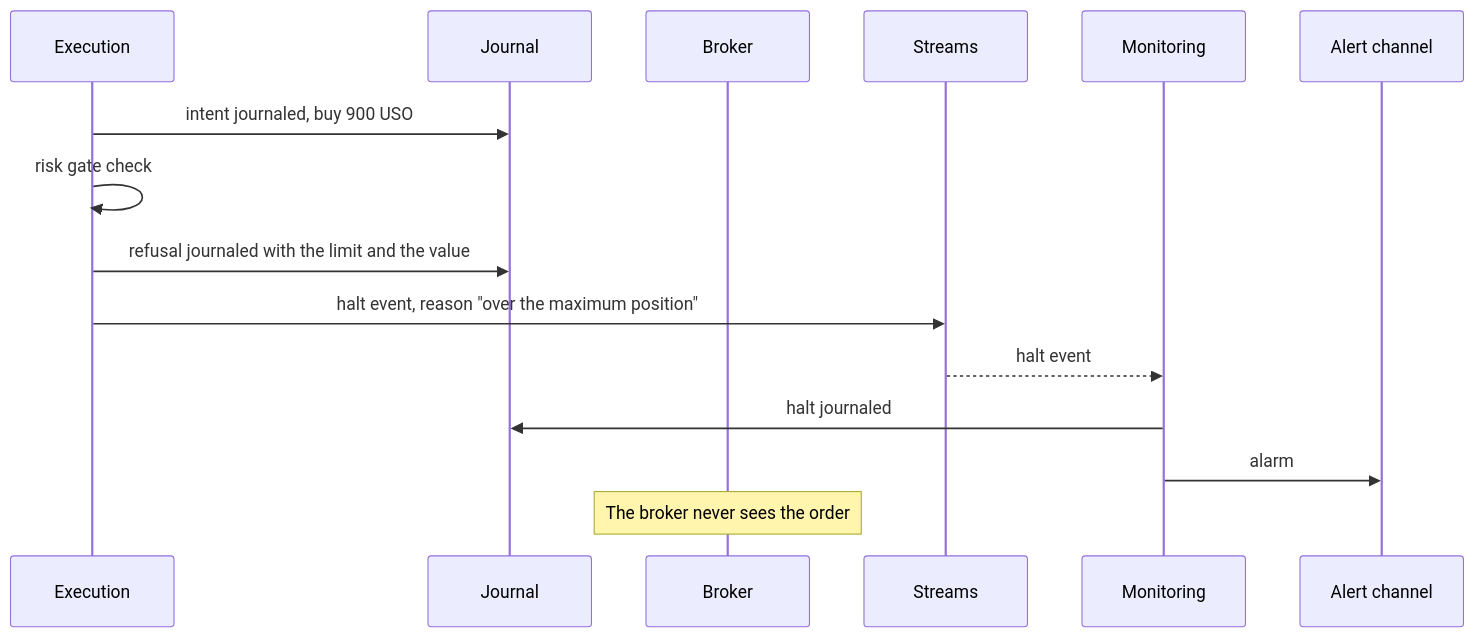
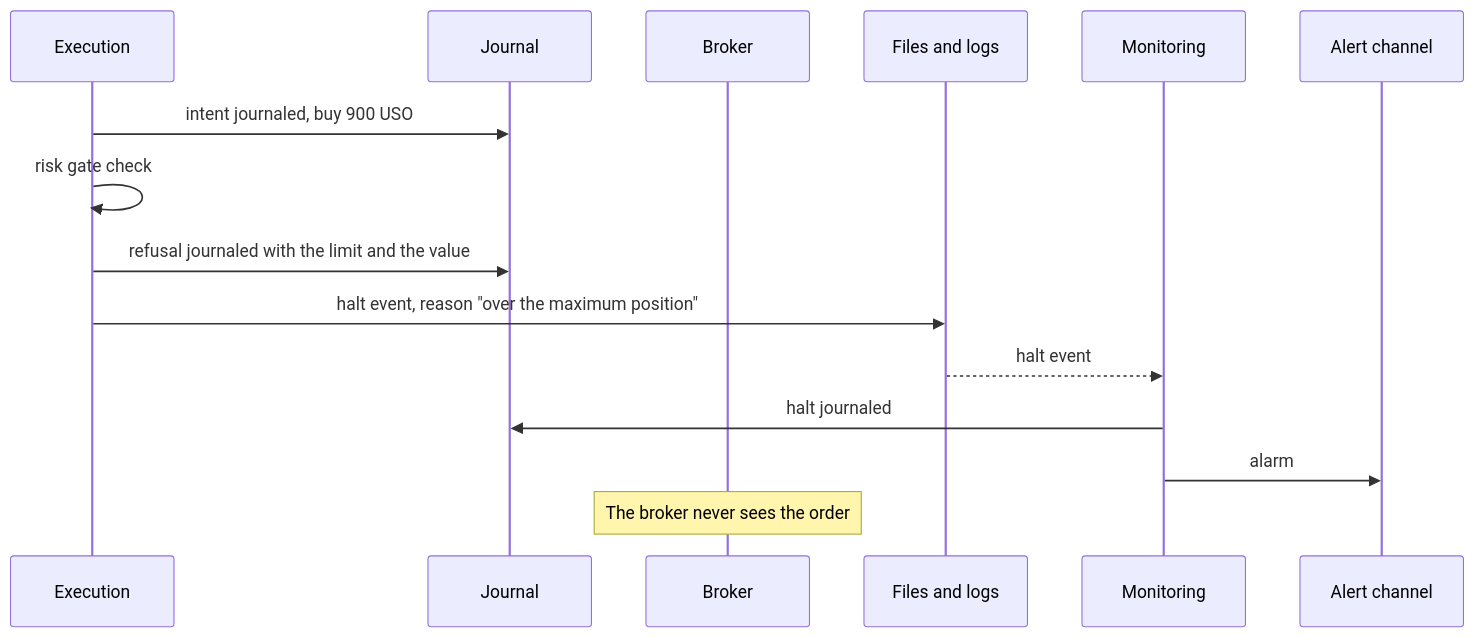
One commit to l3a0/ithildin-runtime changed the seventh of 16 diagrams in docs/architecture.md. Above: the diagram before and after it, drawn with Mermaid. The commit also changed other lines of this file and 1 other file, not shown here.

````diff
--- a/docs/architecture.md
+++ b/docs/architecture.md
@@ -681,18 +686,18 @@
 ```mermaid
 sequenceDiagram
     participant X as Execution
     participant J as Journal
     participant B as Broker
-    participant F as Streams
+    participant F as Files and logs
     participant M as Monitoring
     participant L as Alert channel
 
     X->>J: intent journaled, buy 900 USO
     X->>X: risk gate check
     X->>J: refusal journaled with the limit and the value
     X->>F: halt event, reason "over the maximum position"
     F-->>M: halt event
     M->>J: halt journaled
     M->>L: alarm
     Note over B: The broker never sees the order
 ```
````
